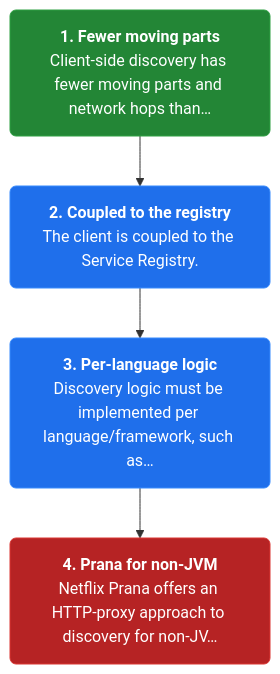
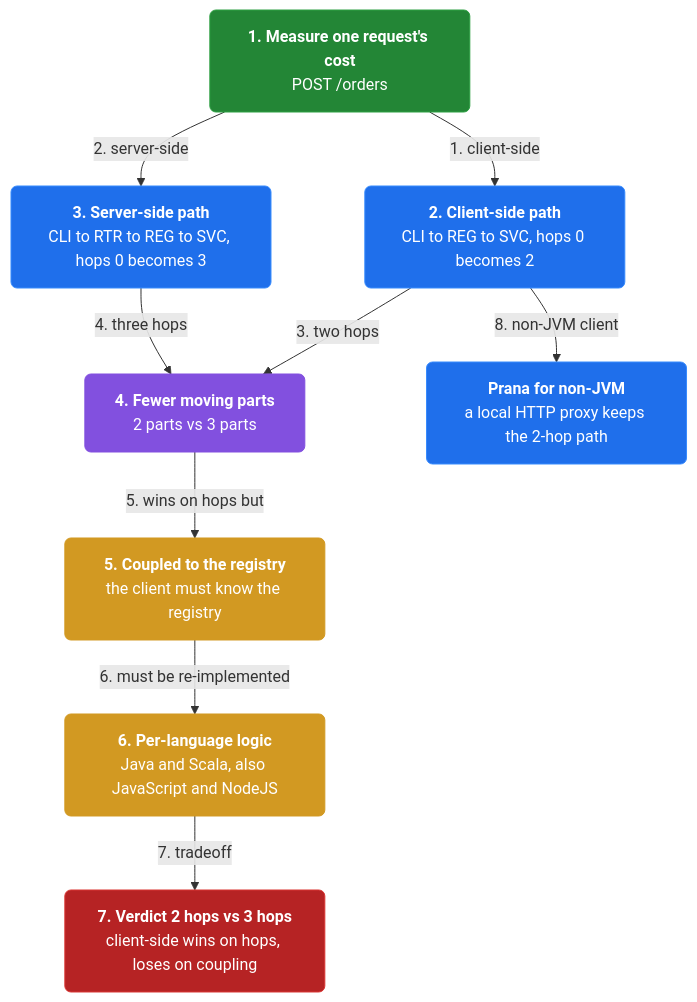
One commit to vinayakuber/microservices-io-study-guide changed the fourth of 4 diagrams in docs/ch09-client-side-discovery.md. Above: the diagram before and after it, drawn with Mermaid. The commit also changed other lines of this file and 46 other files, not shown here.

First line of the commit message:
Author rich branching flow diagrams for all 44 chapters

````diff
--- a/docs/ch09-client-side-discovery.md
+++ b/docs/ch09-client-side-discovery.md
@@ -144,13 +172,24 @@
 ```mermaid
 flowchart TD
-  classDef step fill:#1f6feb,color:#ffffff,stroke:#388bfd,stroke-width:1px,rx:6
+  classDef step fill:#1f6feb,color:#ffffff,stroke:#388bfd,rx:6
+  classDef core fill:#8250df,color:#ffffff,stroke:#8250df,rx:6
+  classDef warn fill:#d29922,color:#ffffff,stroke:#d29922,rx:6
   classDef start fill:#238636,color:#ffffff,stroke:#2ea043,rx:6
   classDef stop fill:#b62324,color:#ffffff,stroke:#da3633,rx:6
-  s3n0["<b>1. Fewer moving parts</b><br/>Client-side discovery has fewer moving parts and network hops than…"]:::start
-  s3n1["<b>2. Coupled to the registry</b><br/>The client is coupled to the Service Registry."]:::step
-  s3n2["<b>3. Per-language logic</b><br/>Discovery logic must be implemented per language/framework, such as…"]:::step
-  s3n3["<b>4. Prana for non-JVM</b><br/>Netflix Prana offers an HTTP-proxy approach to discovery for non-JV…"]:::stop
-  s3n0 --> s3n1
-  s3n1 --> s3n2
-  s3n2 --> s3n3
+  n0["<b>1. Measure one request's cost</b><br/>POST /orders"]:::start
+  n1["<b>2. Client-side path</b><br/>CLI to REG to SVC, hops 0 becomes 2"]:::step
+  n2["<b>3. Server-side path</b><br/>CLI to RTR to REG to SVC, hops 0 becomes 3"]:::step
+  n3["<b>4. Fewer moving parts</b><br/>2 parts vs 3 parts"]:::core
+  n4["<b>5. Coupled to the registry</b><br/>the client must know the registry"]:::warn
+  n5["<b>6. Per-language logic</b><br/>Java and Scala, also JavaScript and NodeJS"]:::warn
+  n6["<b>7. Verdict 2 hops vs 3 hops</b><br/>client-side wins on hops, loses on coupling"]:::stop
+  n7["<b>Prana for non-JVM</b><br/>a local HTTP proxy keeps the 2-hop path"]:::step
+  n0 -->|"1. client-side"| n1
+  n0 -->|"2. server-side"| n2
+  n1 -->|"3. two hops"| n3
+  n2 -->|"4. three hops"| n3
+  n3 -->|"5. wins on hops but"| n4
+  n4 -->|"6. must be re-implemented"| n5
+  n5 -->|"7. tradeoff"| n6
+  n1 -->|"8. non-JVM client"| n7
 ```
````
